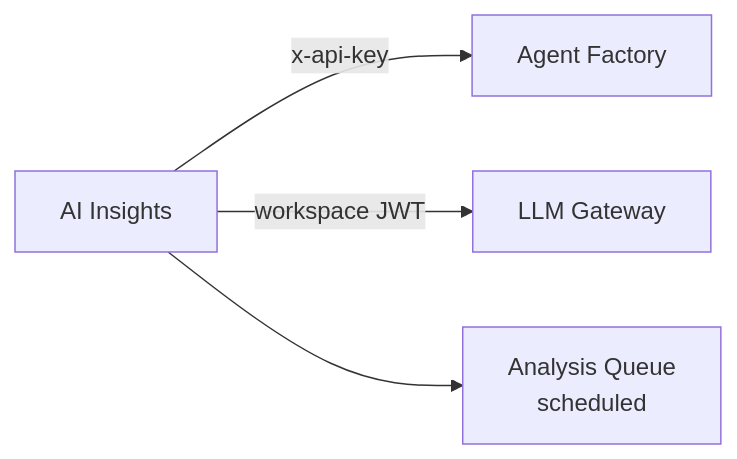
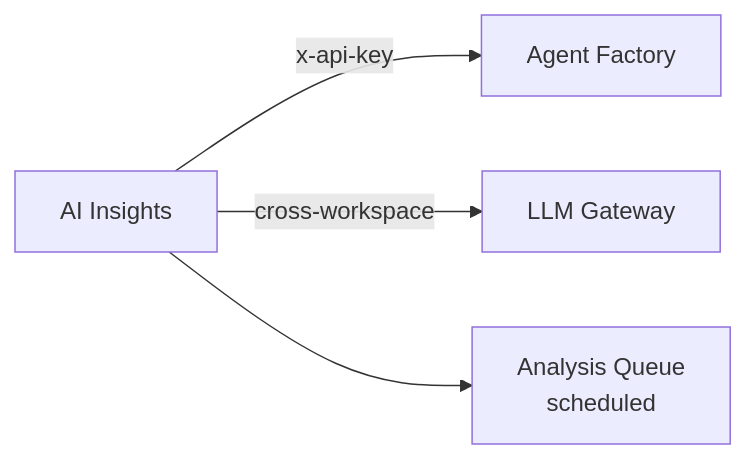
Before and after one commit to prismeai/docs: the diagram in products/ai-insights/overview.mdx, drawn with Mermaid. The commit also changed other lines of this file and 33 other files, not shown here.

````diff
--- a/products/ai-insights/overview.mdx
+++ b/products/ai-insights/overview.mdx
@@ -34,6 +34,6 @@
 ```mermaid
 flowchart LR
     INS[AI Insights] -->|x-api-key| AF[Agent Factory]
-    INS -->|workspace JWT| LLM[LLM Gateway]
+    INS -->|cross-workspace| LLM[LLM Gateway]
     INS --> Q[Analysis Queue\nscheduled]
 ```
````
